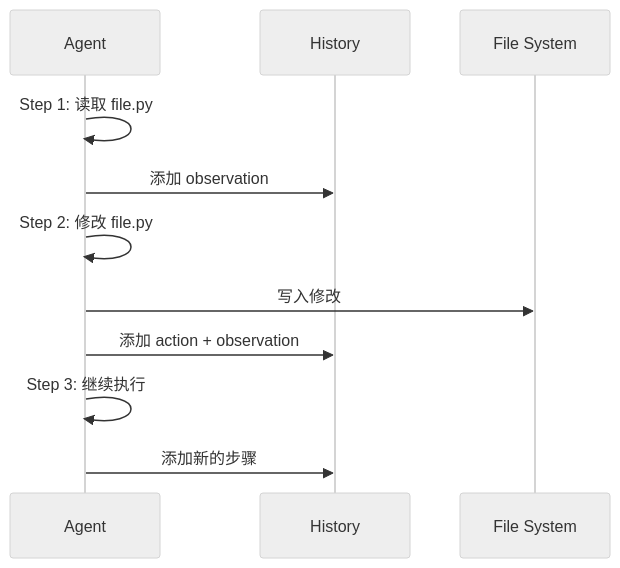
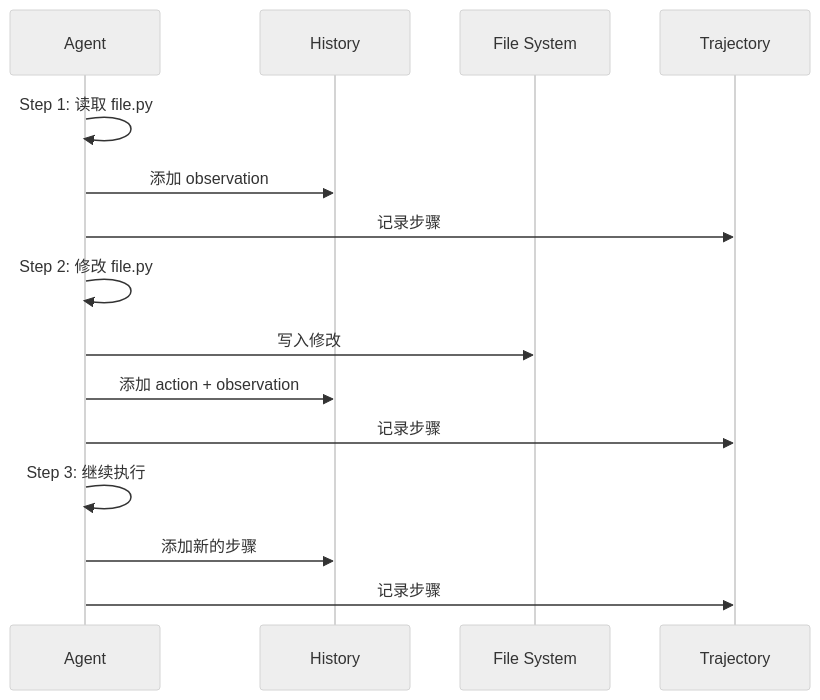
Before and after one commit to giraffe-tree/agent-base: the fourth of 7 diagrams in docs/swe-agent/questions/swe-agent-checkpoint-no-file-rollback-tradeoffs.md, drawn with Mermaid (neutral theme). The commit also changed other lines of this file and 155 other files, not shown here.

````diff
--- a/docs/swe-agent/questions/swe-agent-checkpoint-no-file-rollback-tradeoffs.md
+++ b/docs/swe-agent/questions/swe-agent-checkpoint-no-file-rollback-tradeoffs.md
@@ -147,16 +232,20 @@
 ```mermaid
 sequenceDiagram
     participant A as Agent
     participant H as History
     participant F as File System
+    participant T as Trajectory
 
     A->>A: Step 1: 读取 file.py
     A->>H: 添加 observation
+    A->>T: 记录步骤
 
     A->>A: Step 2: 修改 file.py
     A->>F: 写入修改
     A->>H: 添加 action + observation
+    A->>T: 记录步骤
 
     A->>A: Step 3: 继续执行
     A->>H: 添加新的步骤
+    A->>T: 记录步骤
 ```
````
